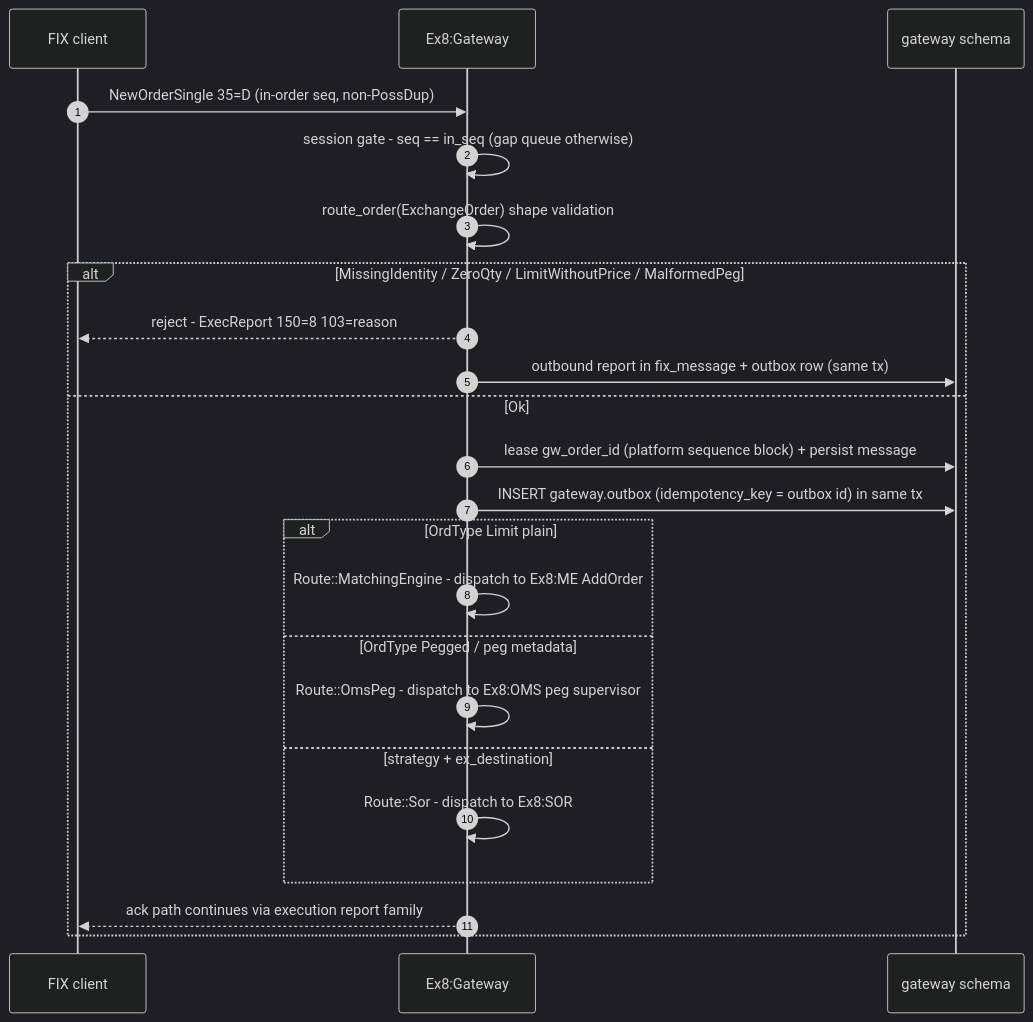
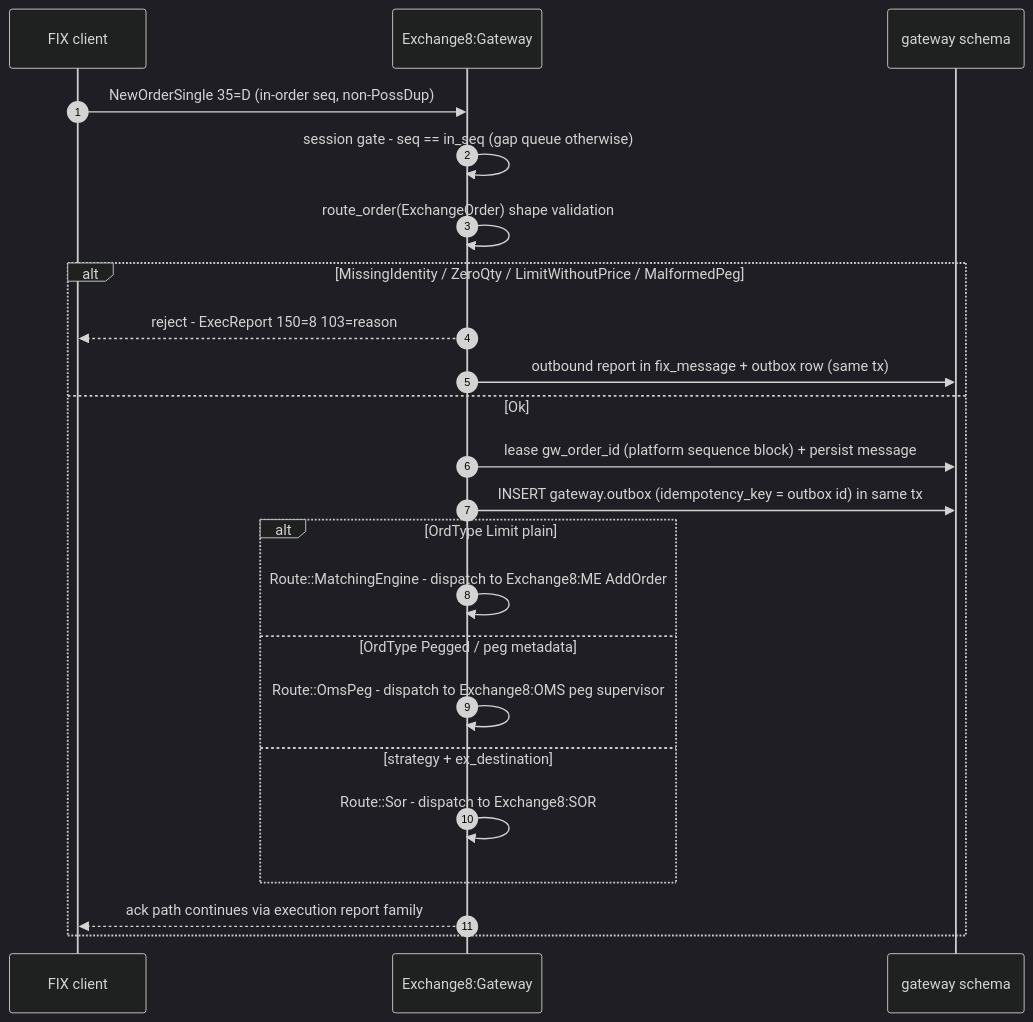
Before and after one commit to Exchange8-dev/exchange8-gateway: the fourth of 14 diagrams in DESIGN.md, drawn with Mermaid (dark theme). The commit also changed other lines of this file and 14 other files, not shown here.

````diff
--- a/DESIGN.md
+++ b/DESIGN.md
@@ -251,26 +251,26 @@
 ```mermaid
 sequenceDiagram
     autonumber
     participant C as FIX client
-    participant GW as Ex8:Gateway
+    participant GW as Exchange8:Gateway
     participant RDB as gateway schema
 
     C->>GW: NewOrderSingle 35=D (in-order seq, non-PossDup)
     GW->>GW: session gate - seq == in_seq (gap queue otherwise)
     GW->>GW: route_order(ExchangeOrder) shape validation
     alt MissingIdentity / ZeroQty / LimitWithoutPrice / MalformedPeg
         GW-->>C: reject - ExecReport 150=8 103=reason
         GW->>RDB: outbound report in fix_message + outbox row (same tx)
     else Ok
         GW->>RDB: lease gw_order_id (platform sequence block) + persist message
         GW->>RDB: INSERT gateway.outbox (idempotency_key = outbox id) in same tx
         alt OrdType Limit plain
-            GW->>GW: Route::MatchingEngine - dispatch to Ex8:ME AddOrder
+            GW->>GW: Route::MatchingEngine - dispatch to Exchange8:ME AddOrder
         else OrdType Pegged / peg metadata
-            GW->>GW: Route::OmsPeg - dispatch to Ex8:OMS peg supervisor
+            GW->>GW: Route::OmsPeg - dispatch to Exchange8:OMS peg supervisor
         else strategy + ex_destination
-            GW->>GW: Route::Sor - dispatch to Ex8:SOR
+            GW->>GW: Route::Sor - dispatch to Exchange8:SOR
         end
         GW-->>C: ack path continues via execution report family
     end
 ```
````
